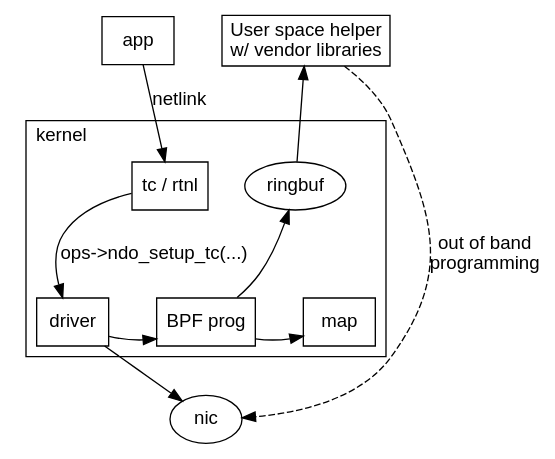
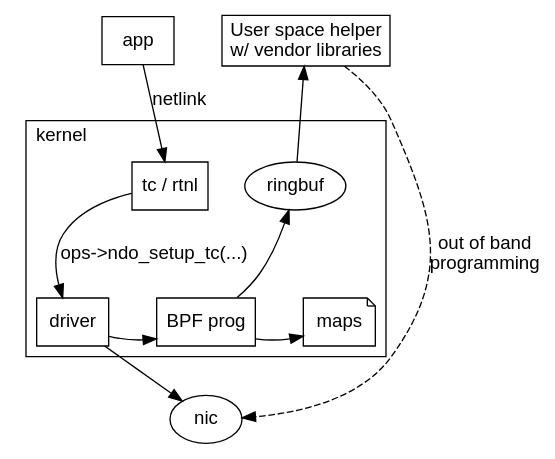
One commit to donaldh/opi-proto changed the third of 4 diagrams in netlink/README.org. Above: the diagram before and after it, drawn with Graphviz. The commit also changed other lines of this file and 2 other files, not shown here.

Commit message:
Tweak diagrams to use a note symbol for maps

```diff
--- a/netlink/README.org
+++ b/netlink/README.org
@@ -80,39 +80,39 @@
 #+begin_src dot :file bpf_enablement.png :tangle bpf_enablement.txt :exports results
  digraph mirror_state {
         fontname="Arial"
         node [fontname="Arial"]
         edge [fontname="Arial"]
 
         subgraph user_space {
                 app [shape=box]
                 listener [shape=box label="User space helper\nw/ vendor libraries"]
                 rank = same;
         }
         subgraph cluster_kernel {
                 label = "kernel"
                 labeljust = "l"
                 tc [shape=box; label="tc / rtnl"]
                 ringbuf
                 {rank = same; tc; ringbuf}
                 driver [shape=box]
                 bpf [shape=box label="BPF prog"]
-                map [shape=box]
-                {rank = same; driver; bpf; map;}
+                maps [shape=note]
+                {rank = same; driver; bpf; maps;}
         }
 
         app -> tc [label="netlink"]
         bpf -> ringbuf -> listener
         tc -> driver [label="ops->ndo_setup_tc(...)"]
         driver -> nic
         driver -> bpf
-        bpf -> map
+        bpf -> maps
 
         listener -> nic [label="out of band\nprogramming" style=dashed]
 
         edge[style=invis]
         listener->tc->bpf->nic
-        driver->bpf->map
+        driver->bpf->maps
         app->listener
 
  }
 #+end_src
```
